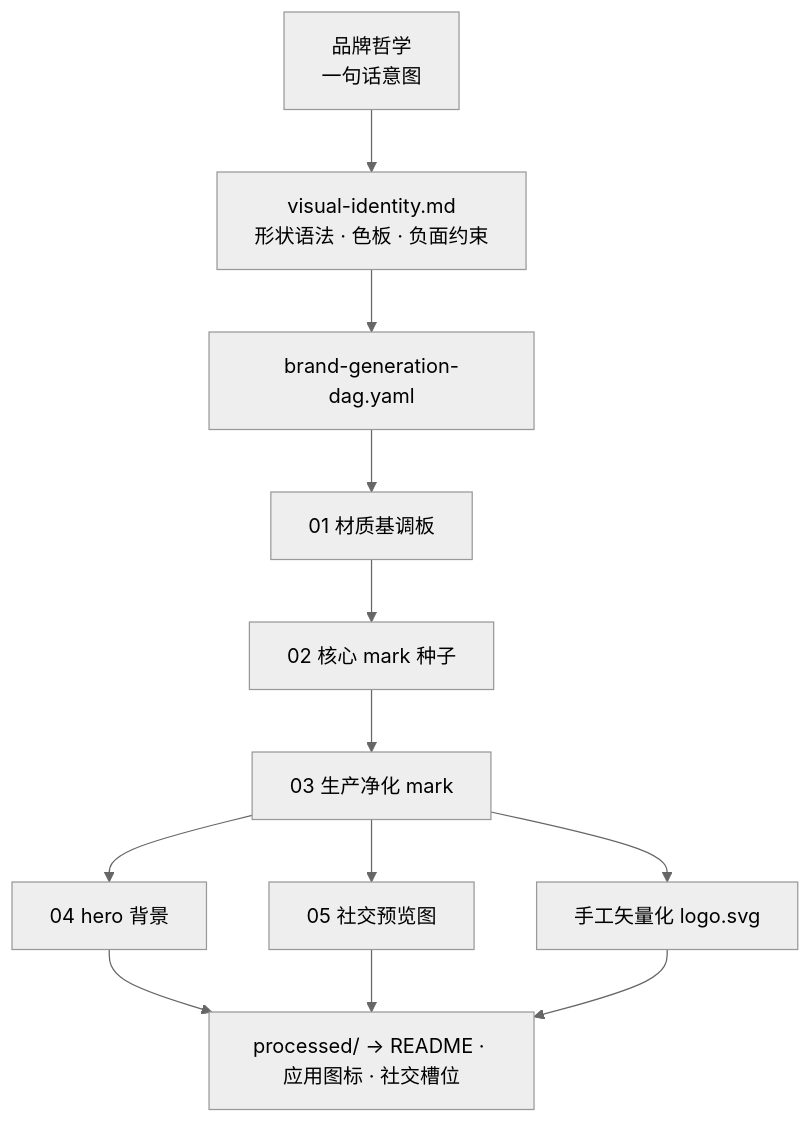
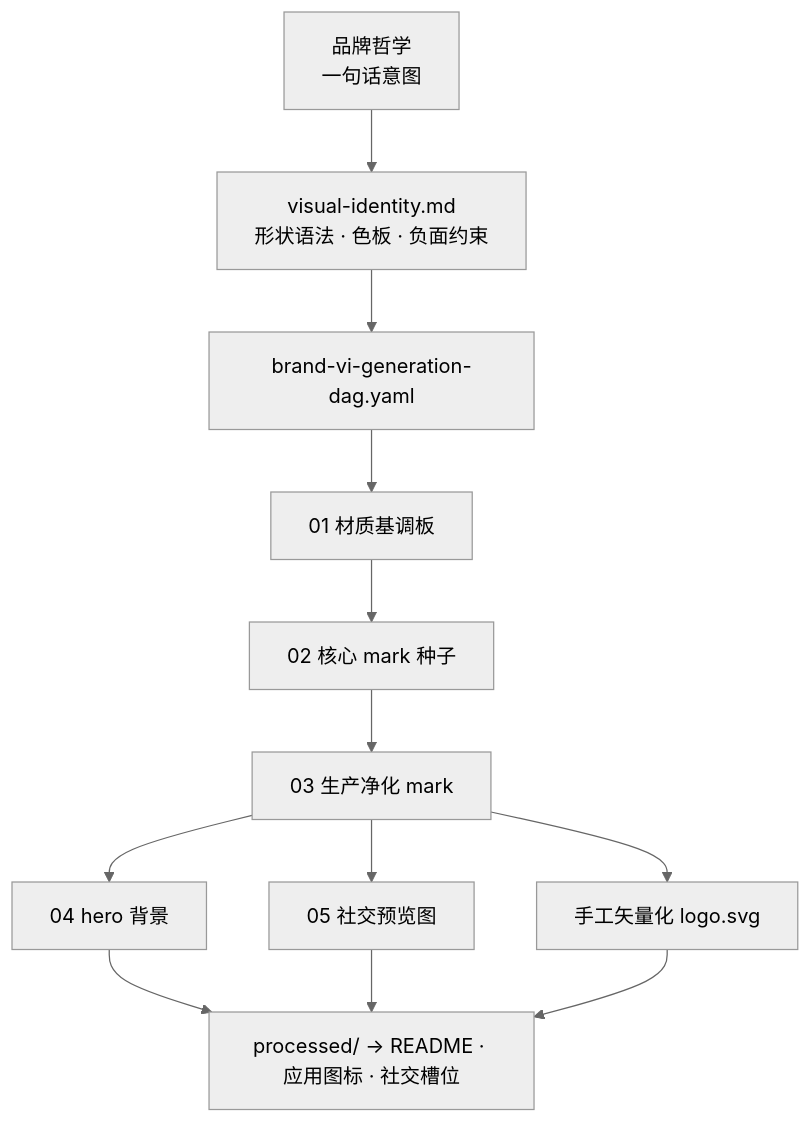
One commit to Nebutra/generate-brand-vi changed the diagram in README.zh-CN.md. Above: the diagram before and after it, drawn with Mermaid (neutral theme). The commit also changed other lines of this file and 14 other files, not shown here.

````diff
--- a/README.zh-CN.md
+++ b/README.zh-CN.md
@@ -117,12 +126,12 @@
 ```mermaid
 graph TD
     A[品牌哲学<br/>一句话意图] --> B[visual-identity.md<br/>形状语法 · 色板 · 负面约束]
-    B --> C[brand-generation-dag.yaml]
+    B --> C[brand-vi-generation-dag.yaml]
     C --> D[01 材质基调板]
     D --> E[02 核心 mark 种子]
     E --> F[03 生产净化 mark]
     F --> G[04 hero 背景]
     F --> H[05 社交预览图]
     F --> I[手工矢量化 logo.svg]
     G & H & I --> J[processed/ → README · 应用图标 · 社交槽位]
 ```
````
